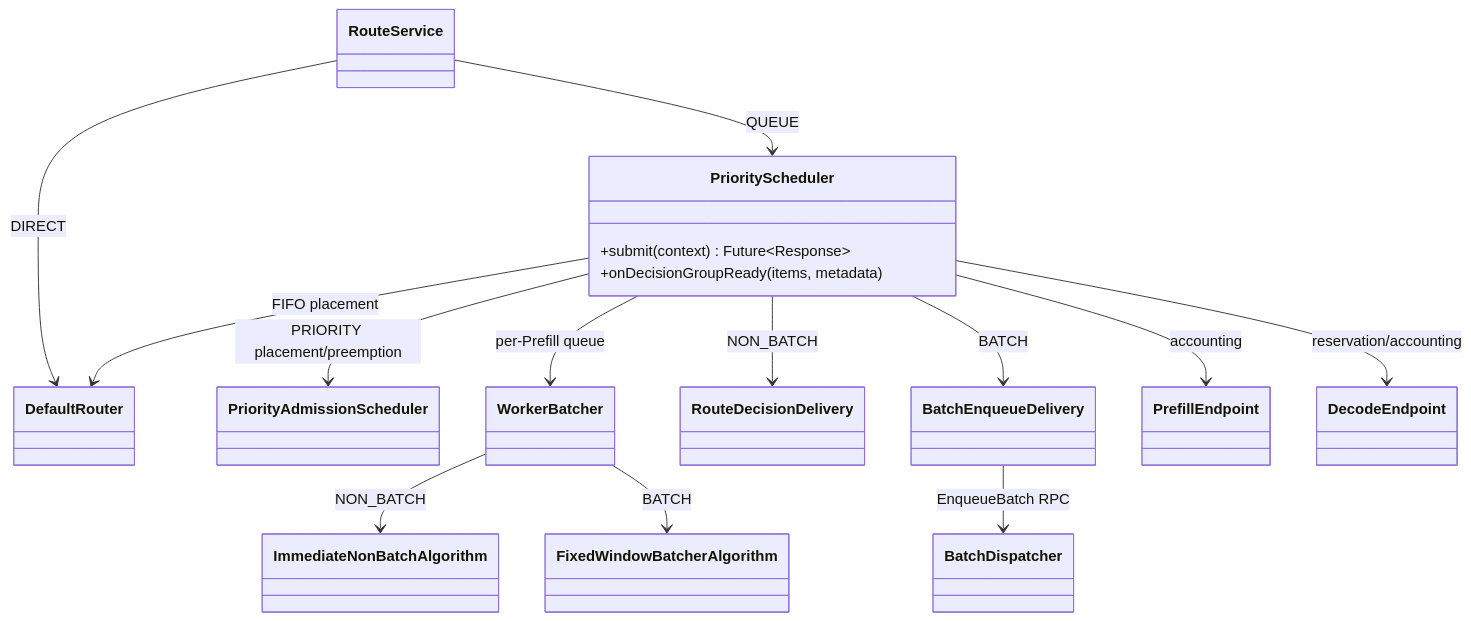
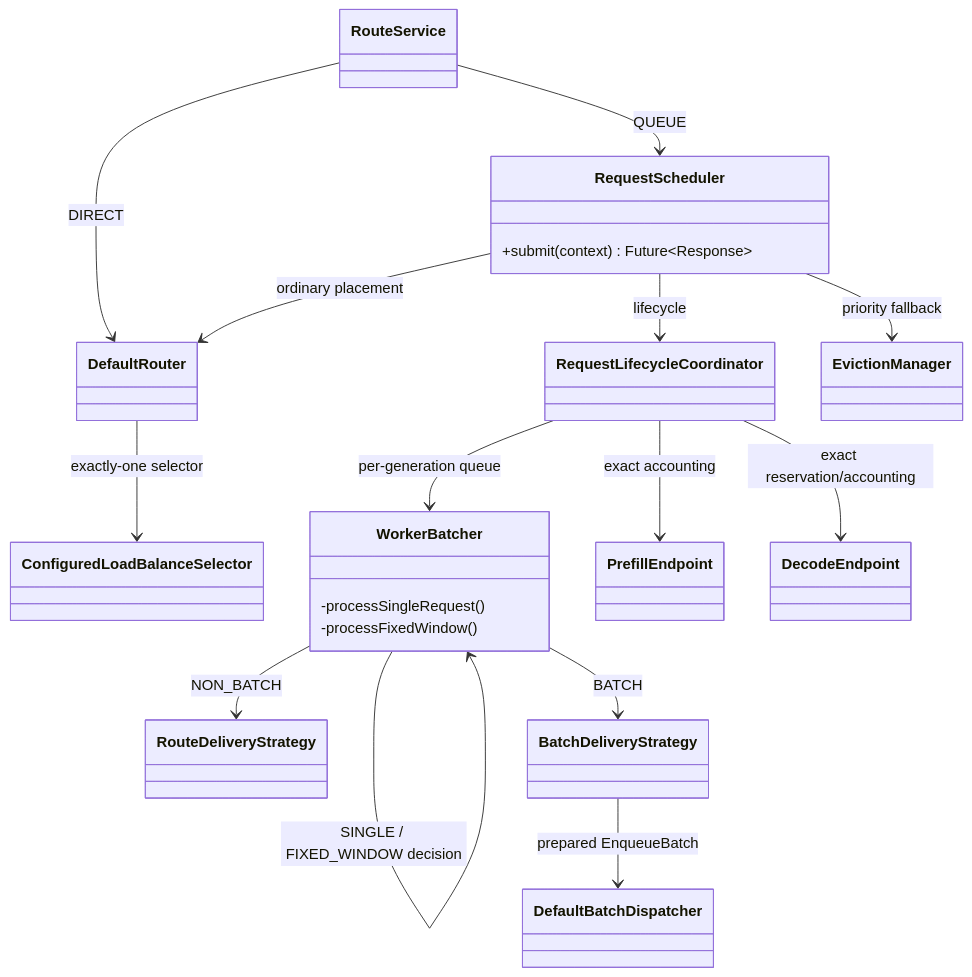
The first of 2 diagrams in rtp_llm/flexlb/docs/priority-scheduler-delivery-modes.md (alibaba/rtp-llm), drawn with Mermaid before and after one commit. The commit also changed other lines of this file and 428 other files, not shown here.

````diff
--- a/rtp_llm/flexlb/docs/priority-scheduler-delivery-modes.md
+++ b/rtp_llm/flexlb/docs/priority-scheduler-delivery-modes.md
@@ -26,31 +30,34 @@
 ```mermaid
 classDiagram
     class RouteService
     class DefaultRouter
-    class PriorityScheduler {
+    class ConfiguredLoadBalanceSelector
+    class RequestScheduler {
         +submit(context) Future~Response~
-        +onDecisionGroupReady(items, metadata)
     }
-    class PriorityAdmissionScheduler
-    class WorkerBatcher
-    class ImmediateNonBatchAlgorithm
-    class FixedWindowBatcherAlgorithm
-    class RouteDecisionDelivery
-    class BatchEnqueueDelivery
-    class BatchDispatcher
+    class RequestLifecycleCoordinator
+    class EvictionManager
+    class WorkerBatcher {
+        -processSingleRequest()
+        -processFixedWindow()
+    }
+    class RouteDeliveryStrategy
+    class BatchDeliveryStrategy
+    class DefaultBatchDispatcher
     class PrefillEndpoint
     class DecodeEndpoint
 
     RouteService --> DefaultRouter : DIRECT
-    RouteService --> PriorityScheduler : QUEUE
-    PriorityScheduler --> DefaultRouter : FIFO placement
-    PriorityScheduler --> PriorityAdmissionScheduler : PRIORITY placement/preemption
-    PriorityScheduler --> WorkerBatcher : per-Prefill queue
-    WorkerBatcher --> ImmediateNonBatchAlgorithm : NON_BATCH
-    WorkerBatcher --> FixedWindowBatcherAlgorithm : BATCH
-    PriorityScheduler --> RouteDecisionDelivery : NON_BATCH
-    PriorityScheduler --> BatchEnqueueDelivery : BATCH
-    BatchEnqueueDelivery --> BatchDispatcher : EnqueueBatch RPC
-    PriorityScheduler --> PrefillEndpoint : accounting
-    PriorityScheduler --> DecodeEndpoint : reservation/accounting
+    RouteService --> RequestScheduler : QUEUE
+    DefaultRouter --> ConfiguredLoadBalanceSelector : exactly-one selector
+    RequestScheduler --> RequestLifecycleCoordinator : lifecycle
+    RequestScheduler --> DefaultRouter : ordinary placement
+    RequestScheduler --> EvictionManager : priority fallback
+    RequestLifecycleCoordinator --> WorkerBatcher : per-generation queue
+    WorkerBatcher --> WorkerBatcher : SINGLE / FIXED_WINDOW decision
+    WorkerBatcher --> RouteDeliveryStrategy : NON_BATCH
+    WorkerBatcher --> BatchDeliveryStrategy : BATCH
+    BatchDeliveryStrategy --> DefaultBatchDispatcher : prepared EnqueueBatch
+    RequestLifecycleCoordinator --> PrefillEndpoint : exact accounting
+    RequestLifecycleCoordinator --> DecodeEndpoint : exact reservation/accounting
 ```
````
